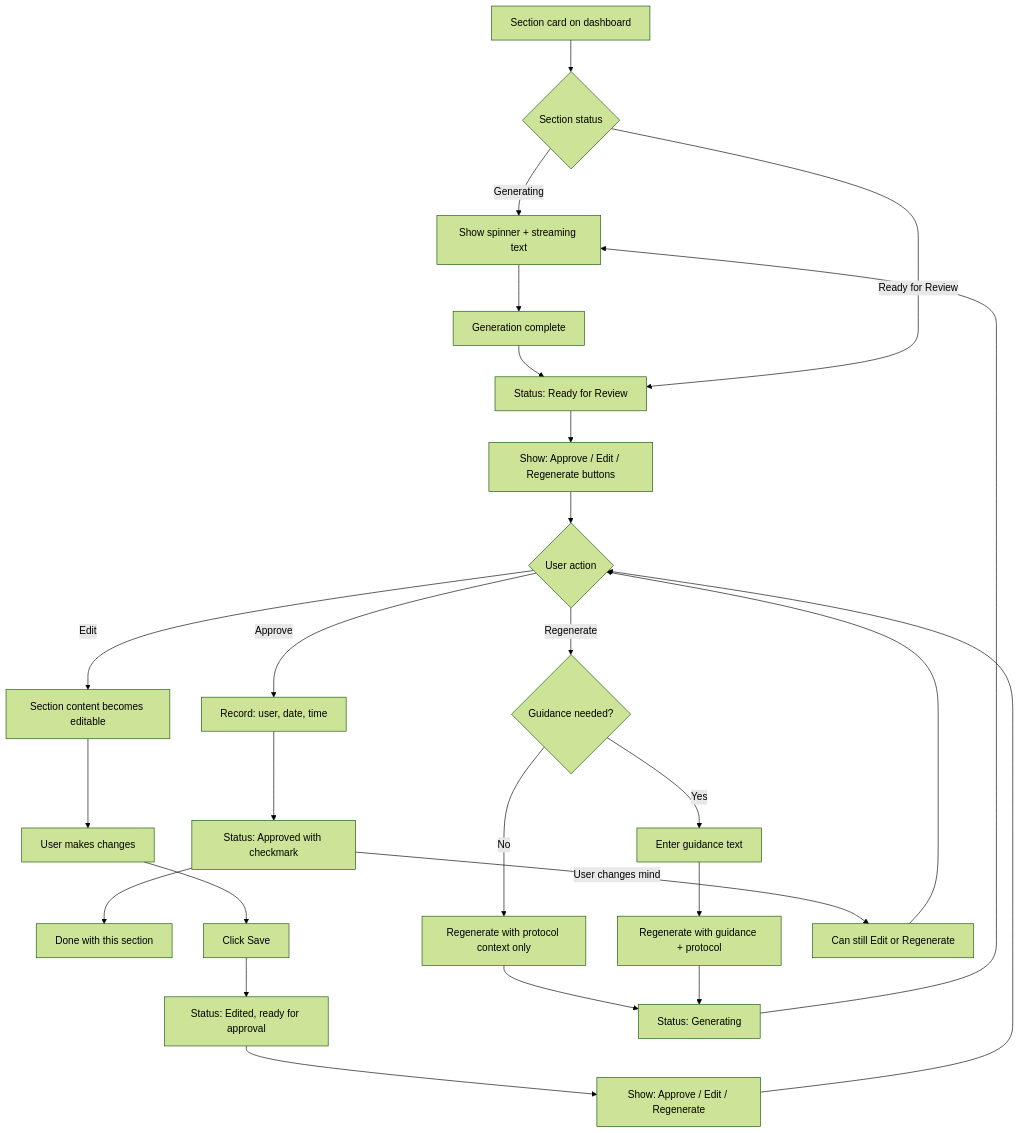
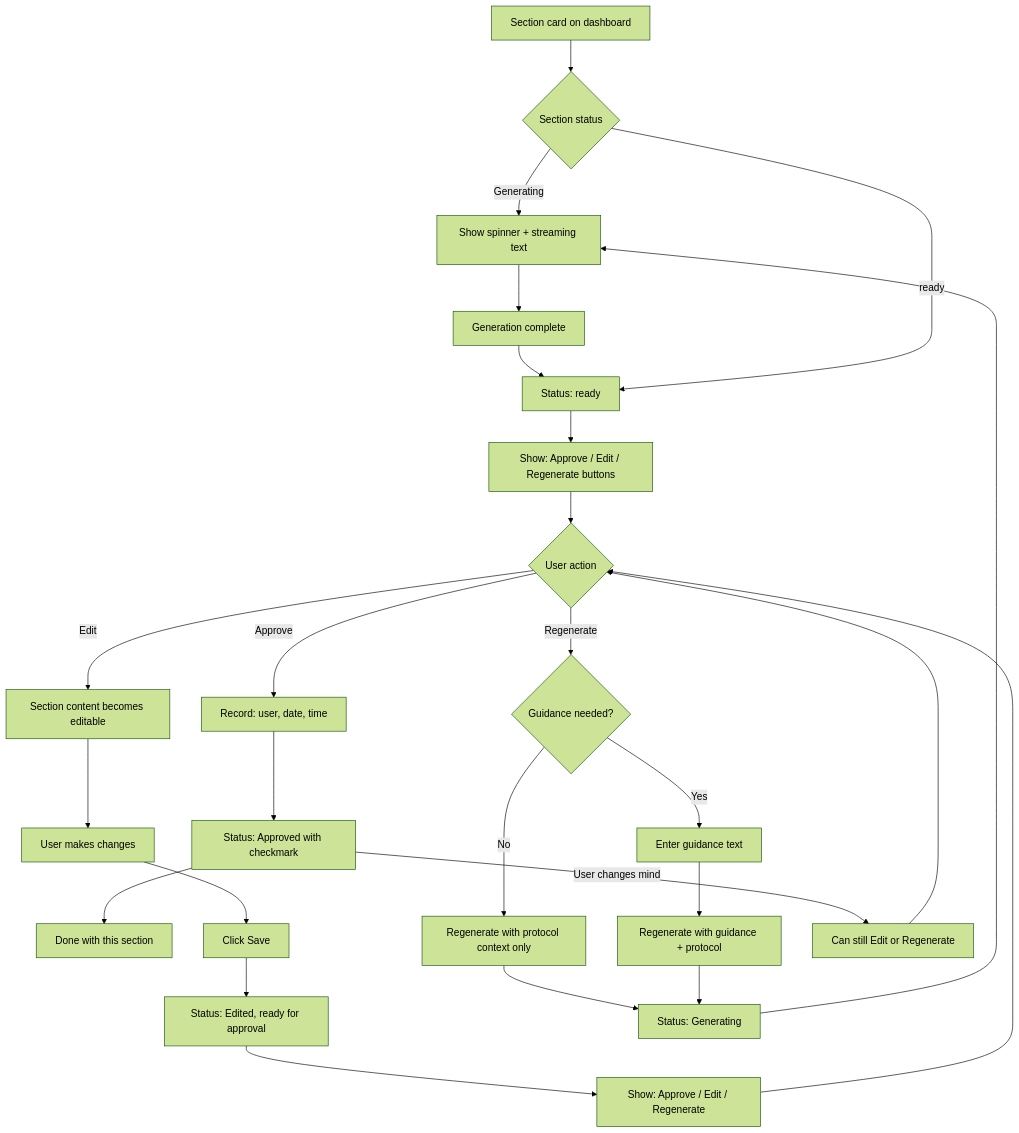
Before and after one commit to mdean77a/bad-simple-app: the third of 3 diagrams in _bmad-output/planning-artifacts/ux-design-specification.md, drawn with Mermaid (forest theme). The commit also changed other lines of this file and 2 other files, not shown here.

First line of the commit message:
docs: Update planning docs (PRD, architecture, UX design) to match implementation

````diff
--- a/_bmad-output/planning-artifacts/ux-design-specification.md
+++ b/_bmad-output/planning-artifacts/ux-design-specification.md
@@ -583,35 +589,35 @@
 ```mermaid
 flowchart TD
     A[Section card on dashboard] --> B{Section status}
 
     B -->|Generating| C[Show spinner + streaming text]
     C --> D[Generation complete]
-    D --> E[Status: Ready for Review]
+    D --> E[Status: ready]
 
-    B -->|Ready for Review| E
+    B -->|ready| E
     E --> F[Show: Approve / Edit / Regenerate buttons]
 
     F --> G{User action}
 
     G -->|Approve| H[Record: user, date, time]
     H --> I[Status: Approved with checkmark]
     I --> J[Done with this section]
 
     G -->|Edit| K[Section content becomes editable]
     K --> L[User makes changes]
     L --> M[Click Save]
     M --> N[Status: Edited, ready for approval]
     N --> O[Show: Approve / Edit / Regenerate]
     O --> G
 
     G -->|Regenerate| P{Guidance needed?}
     P -->|No| Q[Regenerate with protocol context only]
     P -->|Yes| R[Enter guidance text]
     R --> S[Regenerate with guidance + protocol]
     Q --> T[Status: Generating]
     S --> T
     T --> C
 
     I -->|User changes mind| U[Can still Edit or Regenerate]
     U --> G
 ```
````
